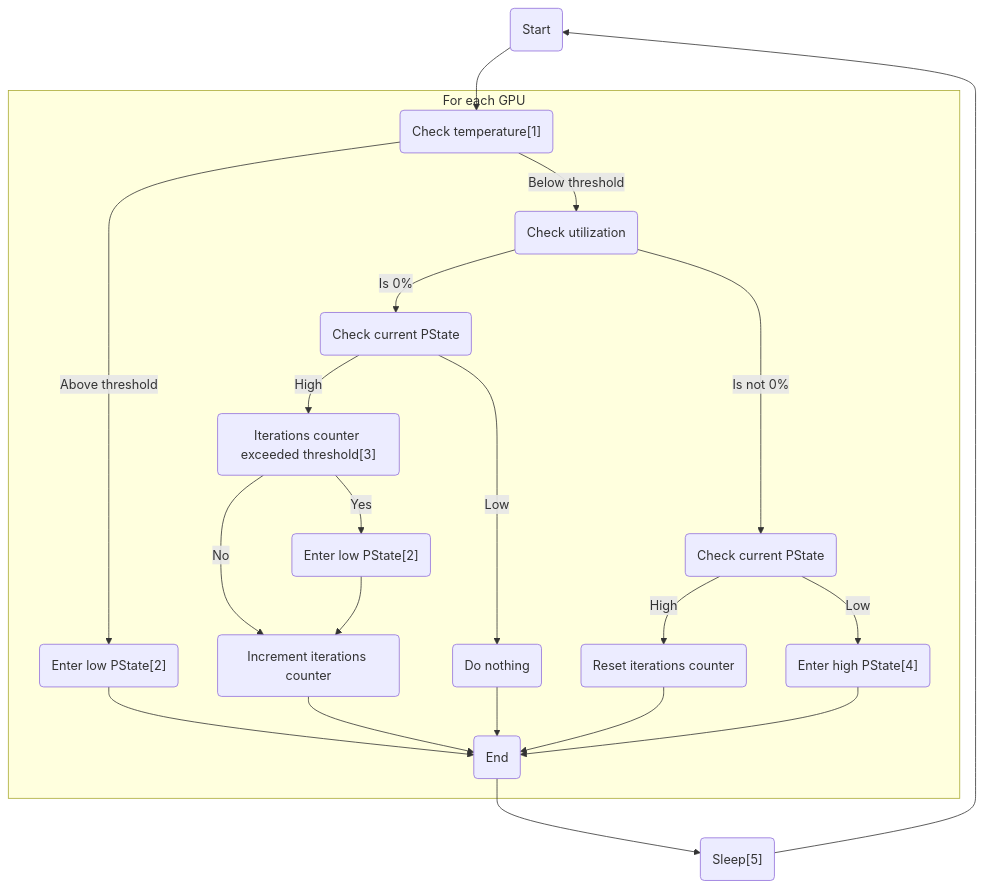
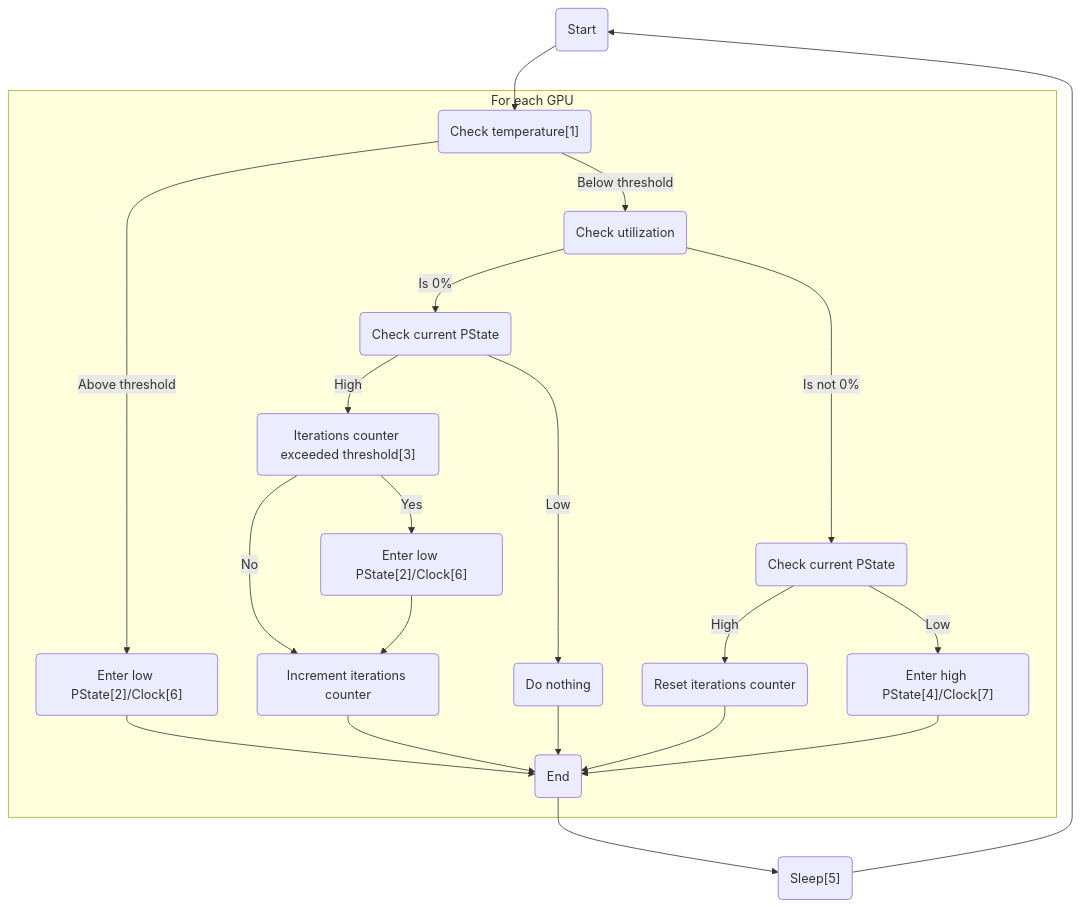
One commit to sasha0552/nvidia-pstated changed the diagram in README.md. Above: the diagram before and after it, drawn with Mermaid. The commit also changed other lines of this file and 1 other file, not shown here.

````diff
--- a/README.md
+++ b/README.md
@@ -7,24 +7,24 @@
 ```mermaid
 flowchart TD
     A(Start) --> B
     subgraph For each GPU
     B("Check temperature[1]") -->|Below threshold| D
     B("Check temperature[1]") -->|Above threshold| C
-    C("Enter low PState[2]") --> M
+    C("Enter low PState[2]/Clock[6]") --> M
     D(Check utilization) -->|Is 0%| E
     D(Check utilization) -->|Is not 0%| J
     E(Check current PState) -->|High| F
     E(Check current PState) -->|Low| I
     F("Iterations counter exceeded threshold[3]") -->|Yes| G
     F("Iterations counter exceeded threshold[3]") -->|No| H
-    G("Enter low PState[2]") --> H
+    G("Enter low PState[2]/Clock[6]") --> H
     H(Increment iterations counter) --> M
     I(Do nothing) --> M
     J(Check current PState) -->|High| K
     J(Check current PState) -->|Low| L
     K(Reset iterations counter) --> M
-    L("Enter high PState[4]") --> M
+    L("Enter high PState[4]/Clock[7]") --> M
     end
     M(End) --> N
     N("Sleep[5]") --> A
 ```
````
